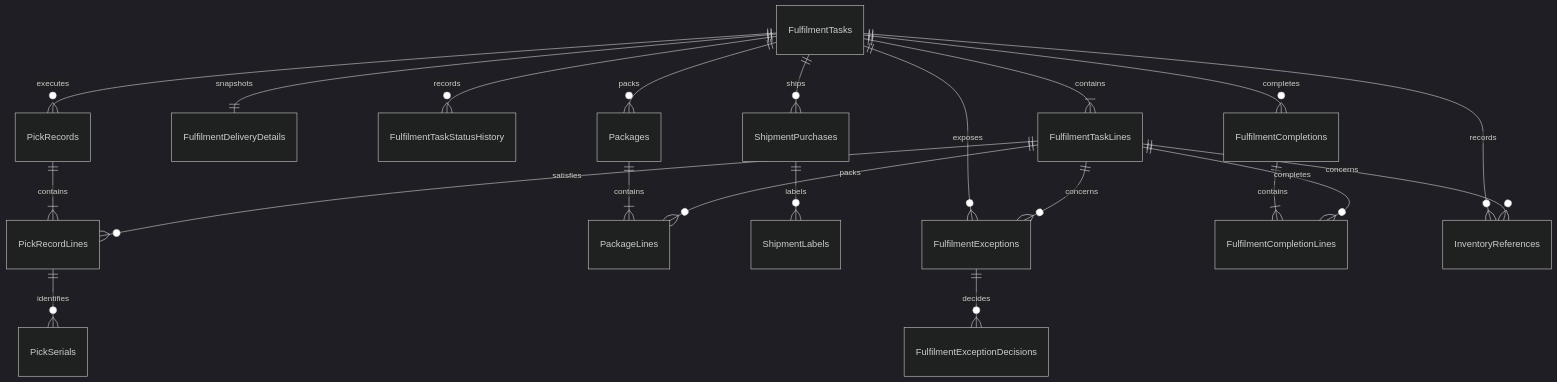
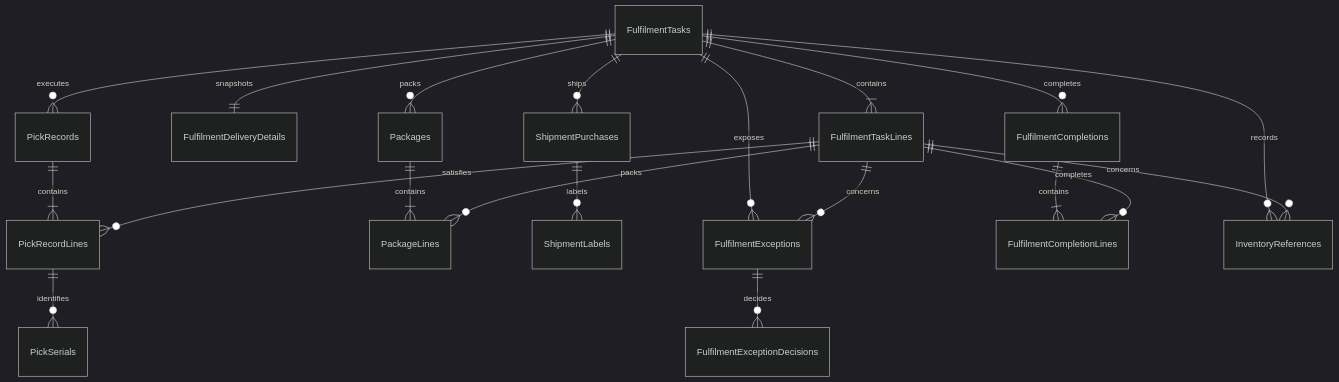
Before and after one commit to ben-cottrell/acme-erp: the diagram in docs/domain/order-fulfilment/database-design.md, drawn with Mermaid (dark theme). The commit also changed other lines of this file and 25 other files, not shown here.

````diff
--- a/docs/domain/order-fulfilment/database-design.md
+++ b/docs/domain/order-fulfilment/database-design.md
@@ -22,23 +22,22 @@
 ```mermaid
 erDiagram
     FulfilmentTasks ||--|{ FulfilmentTaskLines : contains
     FulfilmentTasks ||--|| FulfilmentDeliveryDetails : snapshots
-    FulfilmentTasks ||--o{ FulfilmentTaskStatusHistory : records
     FulfilmentTasks ||--o{ PickRecords : executes
     PickRecords ||--|{ PickRecordLines : contains
     FulfilmentTaskLines ||--o{ PickRecordLines : satisfies
     PickRecordLines ||--o{ PickSerials : identifies
     FulfilmentTasks ||--o{ Packages : packs
     Packages ||--|{ PackageLines : contains
     FulfilmentTaskLines ||--o{ PackageLines : packs
     FulfilmentTasks ||--o{ ShipmentPurchases : ships
     ShipmentPurchases ||--o{ ShipmentLabels : labels
     FulfilmentTasks ||--o{ FulfilmentExceptions : exposes
     FulfilmentTaskLines ||--o{ FulfilmentExceptions : concerns
     FulfilmentExceptions ||--o{ FulfilmentExceptionDecisions : decides
     FulfilmentTasks ||--o{ FulfilmentCompletions : completes
     FulfilmentCompletions ||--|{ FulfilmentCompletionLines : contains
     FulfilmentTaskLines ||--o{ FulfilmentCompletionLines : completes
     FulfilmentTasks ||--o{ InventoryReferences : records
     FulfilmentTaskLines ||--o{ InventoryReferences : concerns
 ```
````
